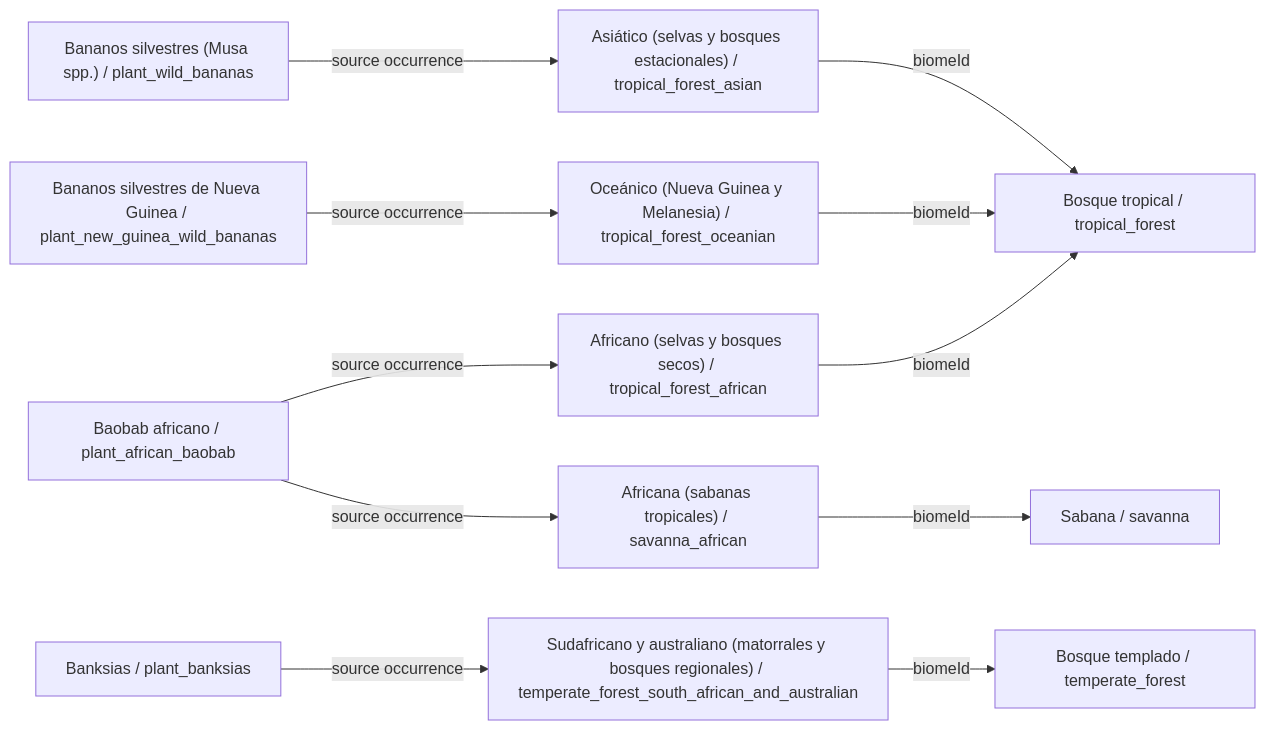
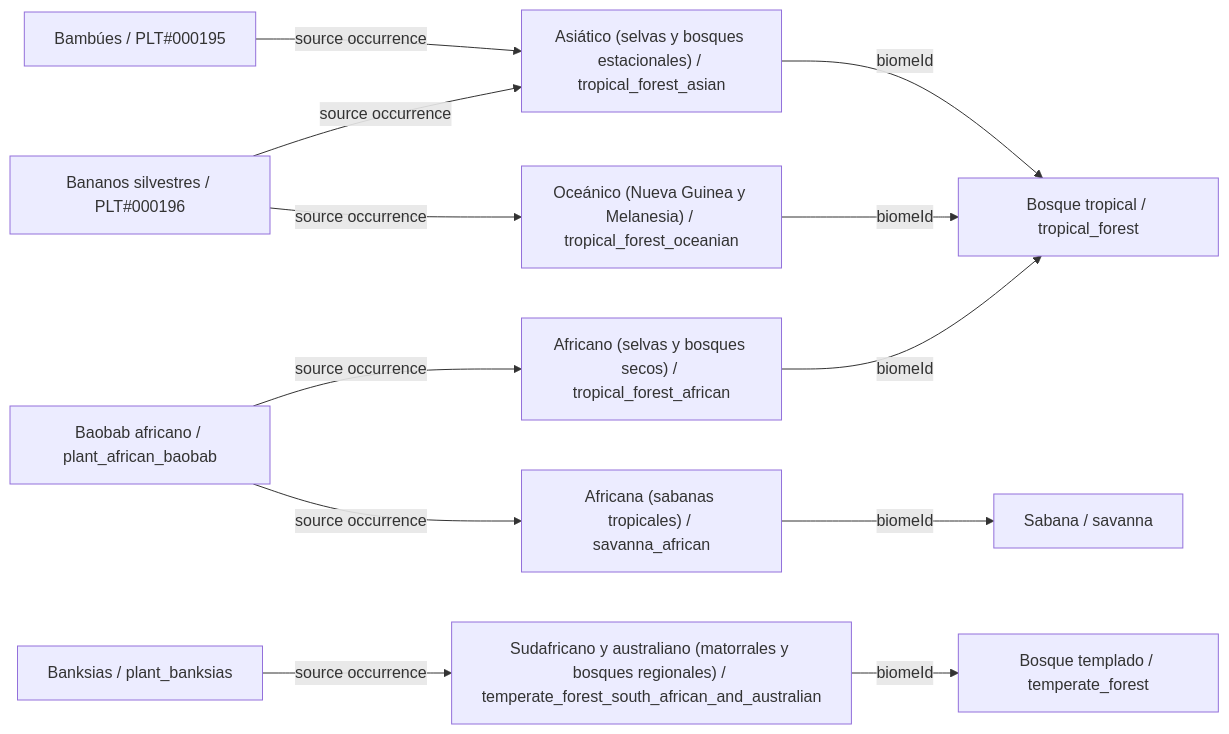
One commit to fgabo404/EvolveDoc changed the fifth of 34 diagrams in data/plants/DIAGRAMS.es.md. Above: the diagram before and after it, drawn with Mermaid. The commit also changed other lines of this file and 59 other files, not shown here.

````diff
--- a/data/plants/DIAGRAMS.es.md
+++ b/data/plants/DIAGRAMS.es.md
@@ -302,25 +253,26 @@
 ```mermaid
 flowchart LR
-    c0["Bananos silvestres (Musa spp.) / plant_wild_bananas"]
+    c0["Bambúes / PLT#000195"]
     v2["Asiático (selvas y bosques estacionales) / tropical_forest_asian"]
     b0["Bosque tropical / tropical_forest"]
-    c1["Bananos silvestres de Nueva Guinea / plant_new_guinea_wild_bananas"]
+    c1["Bananos silvestres / PLT#000196"]
     v3["Oceánico (Nueva Guinea y Melanesia) / tropical_forest_oceanian"]
     c2["Banksias / plant_banksias"]
     v6["Sudafricano y australiano (matorrales y bosques regionales) / temperate_forest_south_african_and_australian"]
     b1["Bosque templado / temperate_forest"]
     c3["Baobab africano / plant_african_baobab"]
     v1["Africano (selvas y bosques secos) / tropical_forest_african"]
     v11["Africana (sabanas tropicales) / savanna_african"]
     b3["Sabana / savanna"]
     c0 -->|source occurrence| v2
+    c1 -->|source occurrence| v2
     c1 -->|source occurrence| v3
     c2 -->|source occurrence| v6
     c3 -->|source occurrence| v1
     c3 -->|source occurrence| v11
     v1 -->|biomeId| b0
     v11 -->|biomeId| b3
     v2 -->|biomeId| b0
     v3 -->|biomeId| b0
     v6 -->|biomeId| b1
 ```
````
